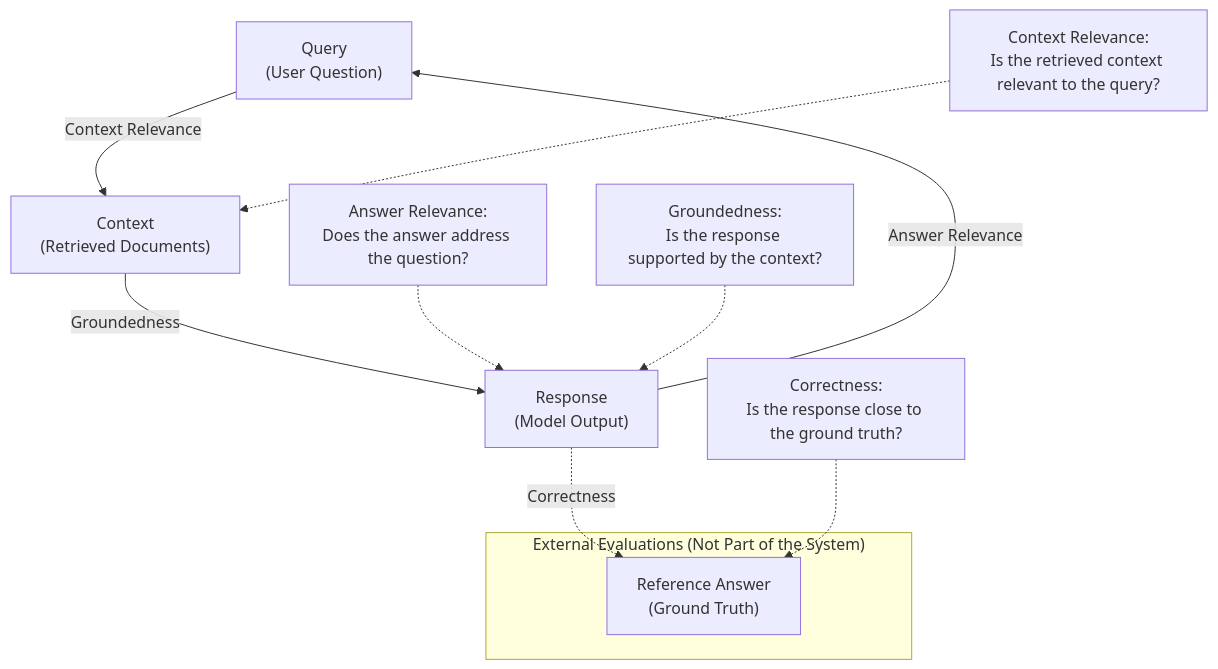
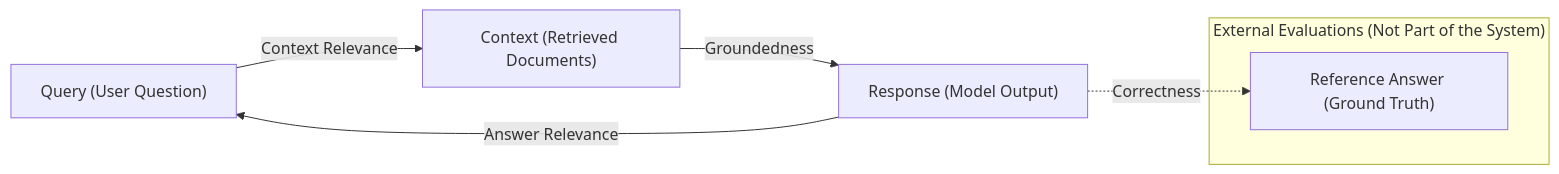
Before and after one commit to aboomar26/Chatbot_And_RAG_Evaluation: the fourth of 9 diagrams in RAG_Evaluation/README.md, drawn with Mermaid. The commit also changed other lines of this file, not shown here.

````diff
--- a/RAG_Evaluation/README.md
+++ b/RAG_Evaluation/README.md
@@ -49,43 +109,17 @@
 ```mermaid
-flowchart TD
+flowchart LR
 
-%% Main System
-Q["Query
-(User Question)"]
-
-C["Context
-(Retrieved Documents)"]
-
-R["Response
-(Model Output)"]
+Q["Query (User Question)"]
+C["Context (Retrieved Documents)"]
+R["Response (Model Output)"]
 
 Q -->|Context Relevance| C
 C -->|Groundedness| R
 R -->|Answer Relevance| Q
 
-%% Descriptions
-AR["Answer Relevance:
-Does the answer address the question?"]
-
-CR["Context Relevance:
-Is the retrieved context relevant to the query?"]
-
-GR["Groundedness:
-Is the response supported by the context?"]
-
-COR["Correctness:
-Is the response close to the ground truth?"]
-
-AR -.-> R
-CR -.-> C
-GR -.-> R
-
-%% External Evaluation
 subgraph EXT["External Evaluations (Not Part of the System)"]
-    GT["Reference Answer
-    (Ground Truth)"]
+    GT["Reference Answer (Ground Truth)"]
 end
 
 R -.->|Correctness| GT
-COR -.-> GT
 ```
````
